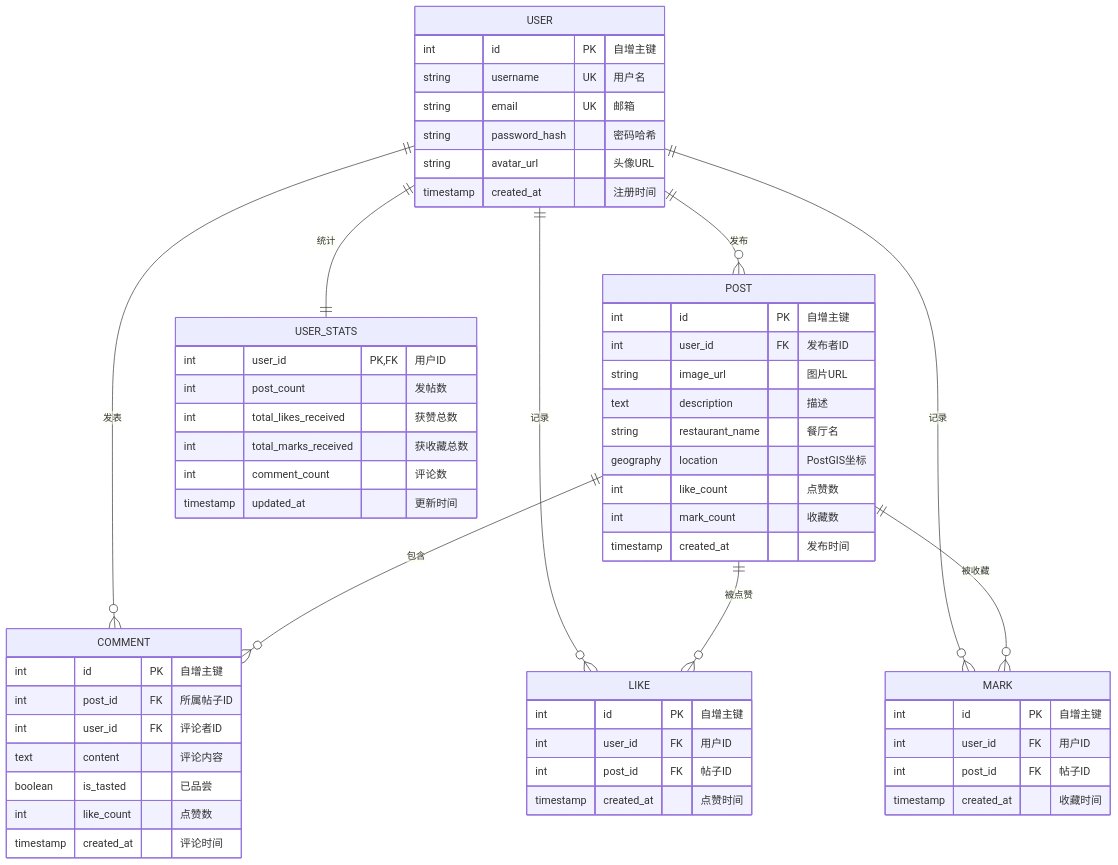
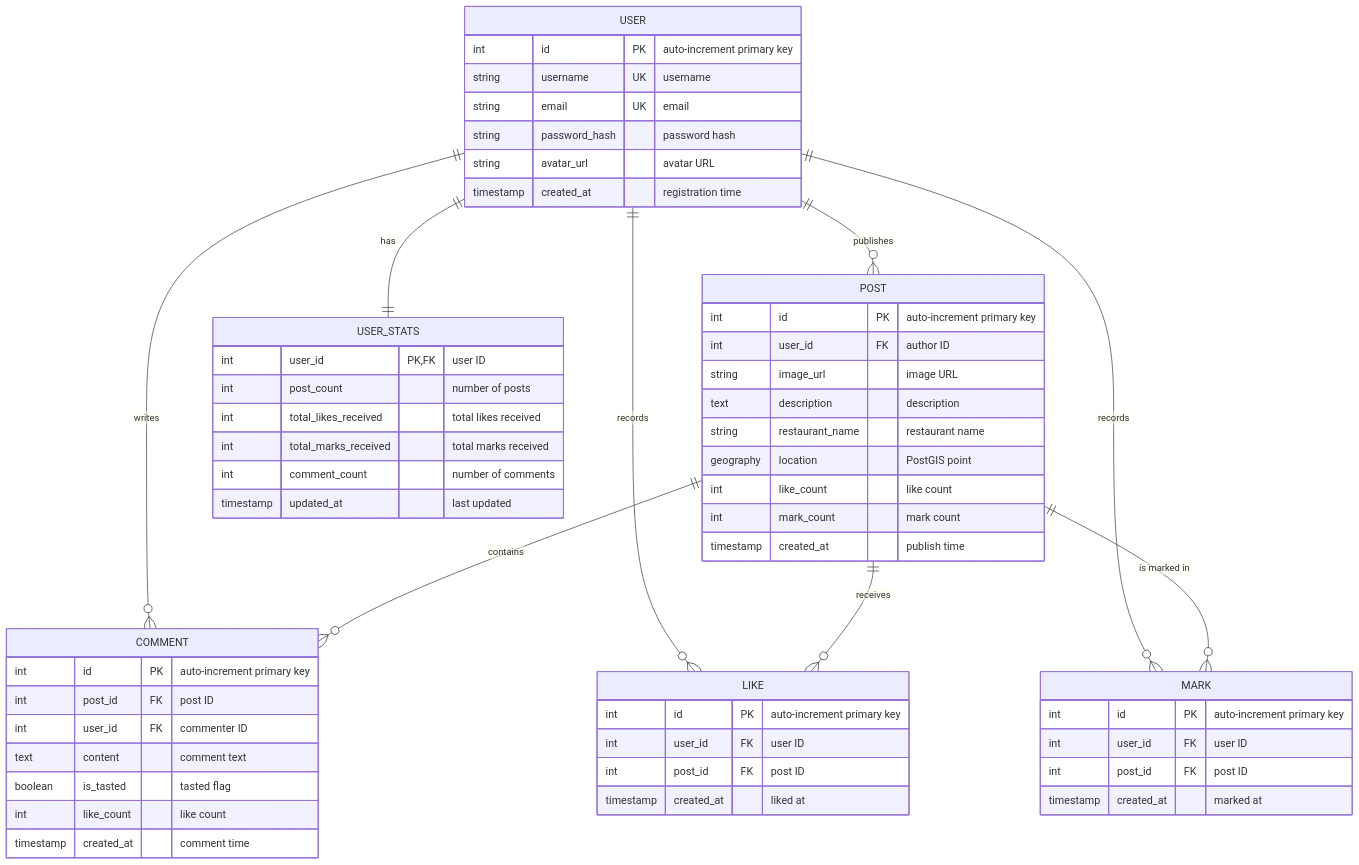
One commit to JohnnyMingyao/3278FoodMedia changed the diagram in db/数据库架构设计报告.md. Above: the diagram before and after it, drawn with Mermaid. The commit also changed other lines of this file, not shown here.

````diff
--- a/db/数据库架构设计报告.md
+++ b/db/数据库架构设计报告.md
@@ -67,65 +67,65 @@
 ```mermaid
 erDiagram
-    USER ||--o{ POST : "发布"
-    USER ||--o{ COMMENT : "发表"
-    USER ||--o{ LIKE : "记录"
-    USER ||--o{ MARK : "记录"
-    USER ||--|| USER_STATS : "统计"
-    POST ||--o{ COMMENT : "包含"
-    POST ||--o{ LIKE : "被点赞"
-    POST ||--o{ MARK : "被收藏"
+    USER ||--o{ POST : "publishes"
+    USER ||--o{ COMMENT : "writes"
+    USER ||--o{ LIKE : "records"
+    USER ||--o{ MARK : "records"
+    USER ||--|| USER_STATS : "has"
+    POST ||--o{ COMMENT : "contains"
+    POST ||--o{ LIKE : "receives"
+    POST ||--o{ MARK : "is marked in"
 
     USER {
-        int id PK "自增主键"
-        string username UK "用户名"
-        string email UK "邮箱"
-        string password_hash "密码哈希"
-        string avatar_url "头像URL"
-        timestamp created_at "注册时间"
+        int id PK "auto-increment primary key"
+        string username UK "username"
+        string email UK "email"
+        string password_hash "password hash"
+        string avatar_url "avatar URL"
+        timestamp created_at "registration time"
     }
 
     POST {
-        int id PK "自增主键"
-        int user_id FK "发布者ID"
-        string image_url "图片URL"
-        text description "描述"
-        string restaurant_name "餐厅名"
-        geography location "PostGIS坐标"
-        int like_count "点赞数"
-        int mark_count "收藏数"
-        timestamp created_at "发布时间"
+        int id PK "auto-increment primary key"
+        int user_id FK "author ID"
+        string image_url "image URL"
+        text description "description"
+        string restaurant_name "restaurant name"
+        geography location "PostGIS point"
+        int like_count "like count"
+        int mark_count "mark count"
+        timestamp created_at "publish time"
     }
 
     LIKE {
-        int id PK "自增主键"
-        int user_id FK "用户ID"
-        int post_id FK "帖子ID"
-        timestamp created_at "点赞时间"
+        int id PK "auto-increment primary key"
+        int user_id FK "user ID"
+        int post_id FK "post ID"
+        timestamp created_at "liked at"
     }
 
     MARK {
-        int id PK "自增主键"
-        int user_id FK "用户ID"
-        int post_id FK "帖子ID"
-        timestamp created_at "收藏时间"
+        int id PK "auto-increment primary key"
+        int user_id FK "user ID"
+        int post_id FK "post ID"
+        timestamp created_at "marked at"
     }
 
     COMMENT {
-        int id PK "自增主键"
-        int post_id FK "所属帖子ID"
-        int user_id FK "评论者ID"
-        text content "评论内容"
-        boolean is_tasted "已品尝"
-        int like_count "点赞数"
-        timestamp created_at "评论时间"
+        int id PK "auto-increment primary key"
+        int post_id FK "post ID"
+        int user_id FK "commenter ID"
+        text content "comment text"
+        boolean is_tasted "tasted flag"
+        int like_count "like count"
+        timestamp created_at "comment time"
     }
 
     USER_STATS {
-        int user_id PK,FK "用户ID"
-        int post_count "发帖数"
-        int total_likes_received "获赞总数"
-        int total_marks_received "获收藏总数"
-        int comment_count "评论数"
-        timestamp updated_at "更新时间"
+        int user_id PK,FK "user ID"
+        int post_count "number of posts"
+        int total_likes_received "total likes received"
+        int total_marks_received "total marks received"
+        int comment_count "number of comments"
+        timestamp updated_at "last updated"
     }
 ```
````
